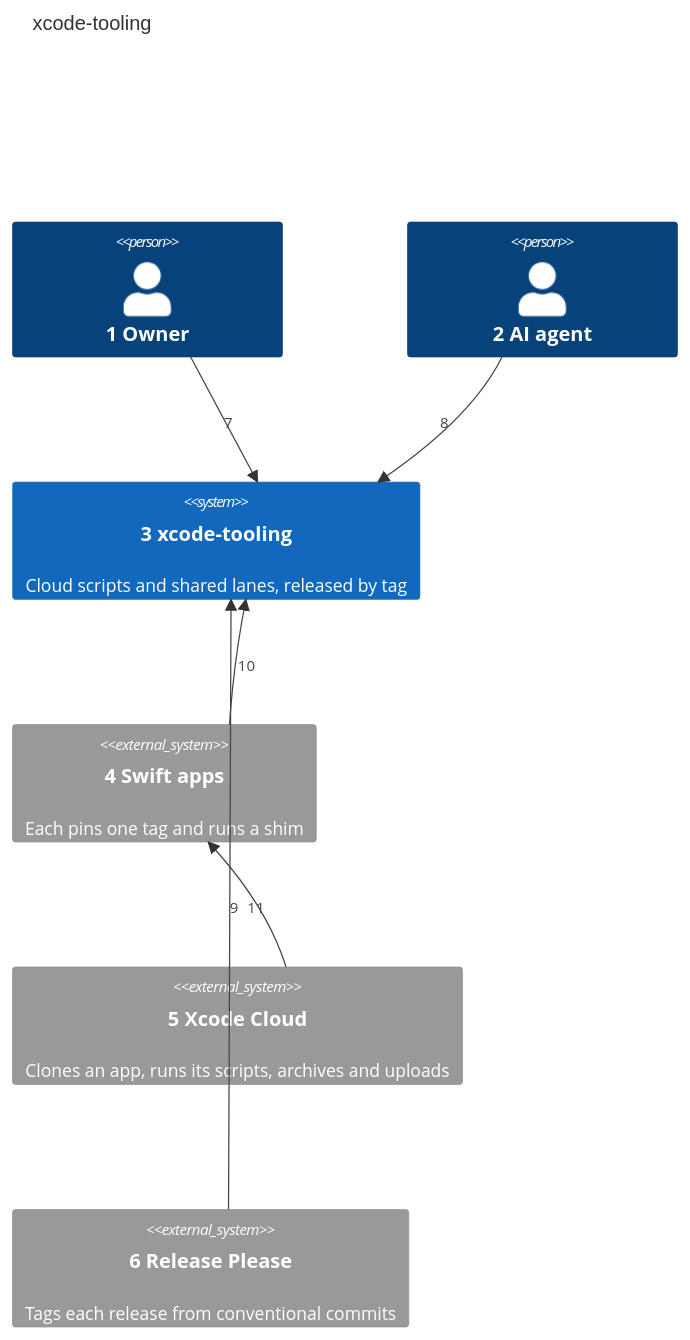
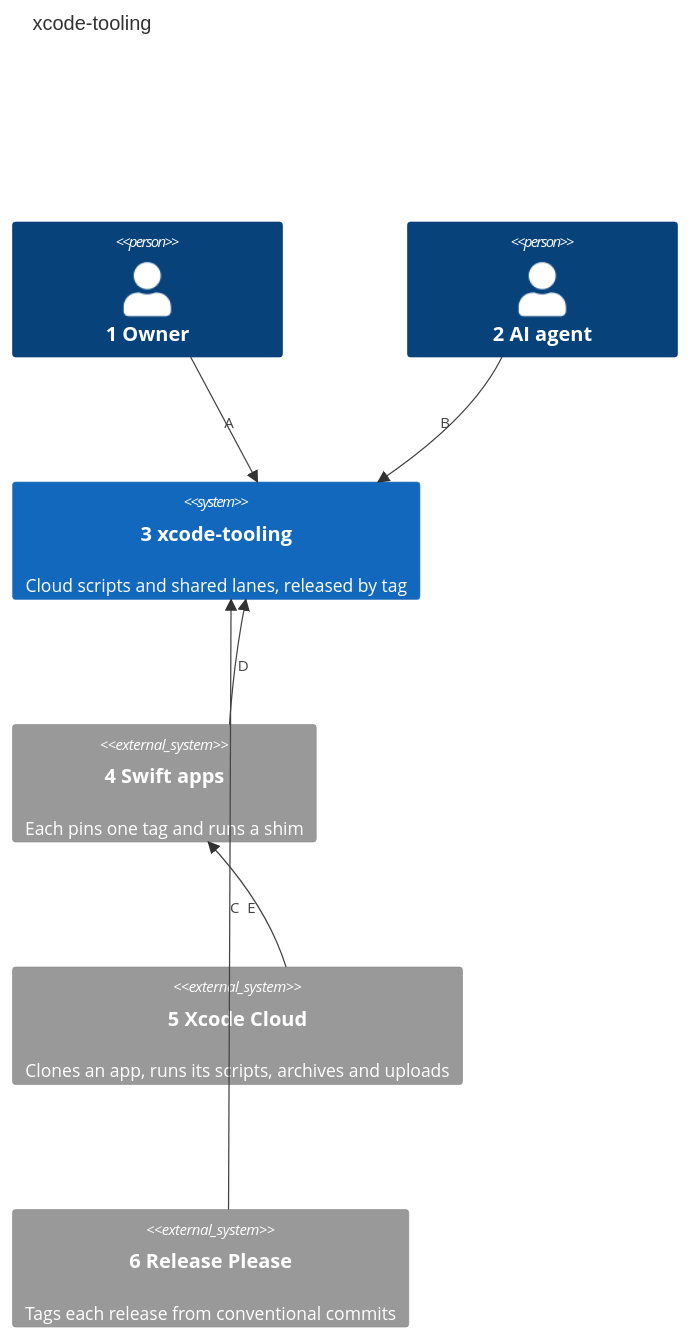
The first of 2 diagrams in docs/architecture/01-system-context.md (may-journal/xcode-tooling), drawn with Mermaid before and after one commit. The commit also changed other lines of this file and 4 other files, not shown here.

First line of the commit message:
docs(architecture): connector callouts are letters (#5)

````diff
--- a/docs/architecture/01-system-context.md
+++ b/docs/architecture/01-system-context.md
@@ -7,17 +7,17 @@
 ```mermaid
 C4Context
     title xcode-tooling
 
     Person(owner, "1 Owner")
     Person(agent, "2 AI agent")
     System(tooling, "3 xcode-tooling", "Cloud scripts and shared lanes, released by tag")
     System_Ext(apps, "4 Swift apps", "Each pins one tag and runs a shim")
     System_Ext(cloud, "5 Xcode Cloud", "Clones an app, runs its scripts, archives and uploads")
     System_Ext(release, "6 Release Please", "Tags each release from conventional commits")
 
-    Rel(owner, tooling, "7")
-    Rel(agent, tooling, "8")
-    Rel(release, tooling, "9")
-    Rel(apps, tooling, "10")
-    Rel(cloud, apps, "11")
+    Rel(owner, tooling, "A")
+    Rel(agent, tooling, "B")
+    Rel(release, tooling, "C")
+    Rel(apps, tooling, "D")
+    Rel(cloud, apps, "E")
 ```
````
